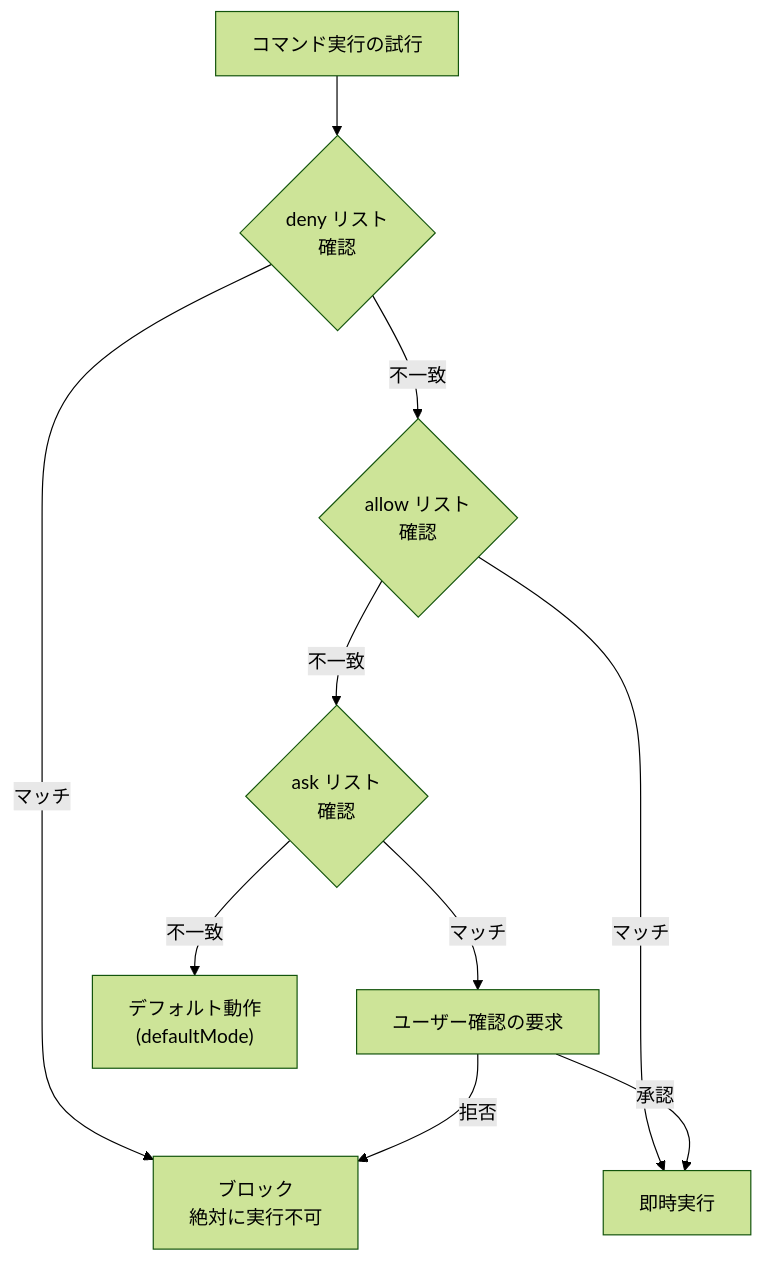
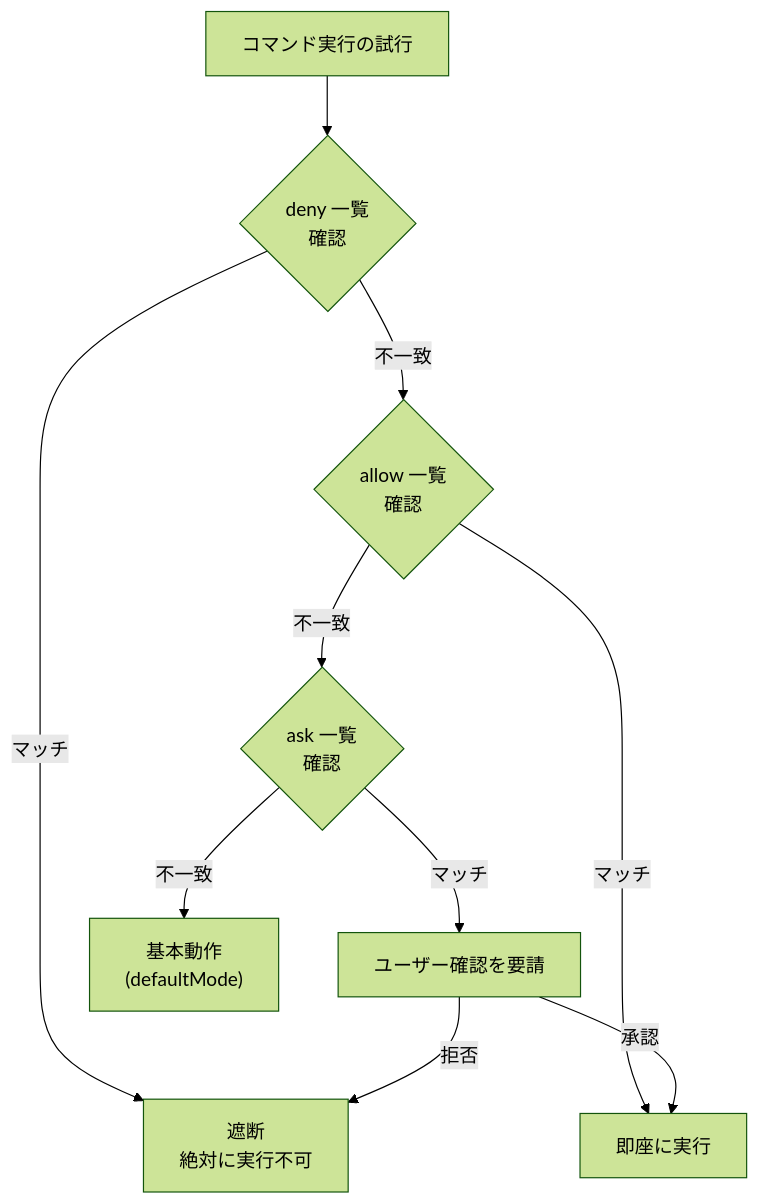
The second of 2 diagrams in docs-site/content/ja/advanced/settings-json.md (modu-ai/moai-adk), drawn with Mermaid (forest theme) before and after one commit. The commit also changed other lines of this file and 180 other files, not shown here.

````diff
--- a/docs-site/content/ja/advanced/settings-json.md
+++ b/docs-site/content/ja/advanced/settings-json.md
@@ -450,16 +450,16 @@
 ```mermaid
 flowchart TD
-    CMD["コマンド実行の試行"] --> CHECK_DENY{deny リスト<br>確認}
+    CMD["コマンド実行の試行"] --> CHECK_DENY{deny 一覧<br>確認}
 
-    CHECK_DENY -->|マッチ| BLOCK["ブロック<br>絶対に実行不可"]
-    CHECK_DENY -->|不一致| CHECK_ALLOW{allow リスト<br>確認}
+    CHECK_DENY -->|マッチ| BLOCK["遮断<br>絶対に実行不可"]
+    CHECK_DENY -->|不一致| CHECK_ALLOW{allow 一覧<br>確認}
 
-    CHECK_ALLOW -->|マッチ| EXEC["即時実行"]
-    CHECK_ALLOW -->|不一致| CHECK_ASK{ask リスト<br>確認}
+    CHECK_ALLOW -->|マッチ| EXEC["即座に実行"]
+    CHECK_ALLOW -->|不一致| CHECK_ASK{ask 一覧<br>確認}
 
-    CHECK_ASK -->|マッチ| ASK["ユーザー確認の要求"]
-    CHECK_ASK -->|不一致| DEFAULT["デフォルト動作<br>(defaultMode)"]
+    CHECK_ASK -->|マッチ| ASK["ユーザー確認を要請"]
+    CHECK_ASK -->|不一致| DEFAULT["基本動作<br>(defaultMode)"]
 
     ASK -->|承認| EXEC
     ASK -->|拒否| BLOCK
 ```
````
